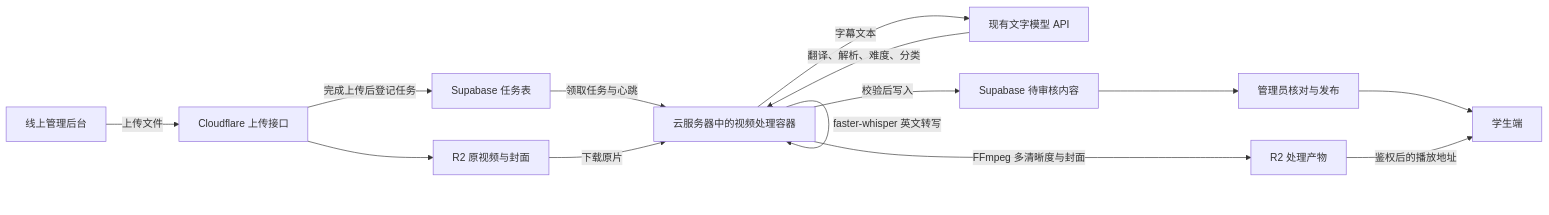
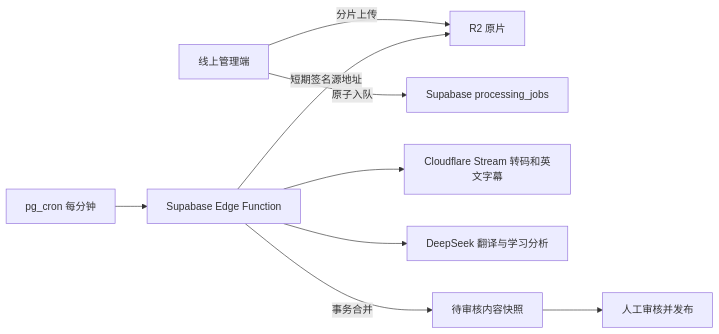
The diagram in design/云端视频处理与后台界面方案_20260908.md (Foletssi/english-web), drawn with Mermaid before and after one commit. The commit also changed other lines of this file and 22 other files, not shown here.

````diff
--- a/design/云端视频处理与后台界面方案_20260908.md
+++ b/design/云端视频处理与后台界面方案_20260908.md
@@ -34,16 +11,11 @@
 ```mermaid
 flowchart LR
-    A[线上管理后台] -->|上传文件| B[Cloudflare 上传接口]
-    B --> C[R2 原视频与封面]
-    B -->|完成上传后登记任务| D[Supabase 任务表]
-    D -->|领取任务与心跳| E[云服务器中的视频处理容器]
-    C -->|下载原片| E
-    E -->|FFmpeg 多清晰度与封面| F[R2 处理产物]
-    E -->|faster-whisper 英文转写| E
-    E -->|字幕文本| G[现有文字模型 API]
-    G -->|翻译、解析、难度、分类| E
-    E -->|校验后写入| H[Supabase 待审核内容]
-    H --> I[管理员核对与发布]
-    I --> J[学生端]
-    F -->|鉴权后的播放地址| J
+  A[线上管理端] -->|分片上传| B[R2 原片]
+  A -->|原子入队| C[Supabase processing_jobs]
+  D[pg_cron 每分钟] --> E[Supabase Edge Function]
+  E -->|短期签名源地址| B
+  E --> F[Cloudflare Stream 转码和英文字幕]
+  E --> G[DeepSeek 翻译与学习分析]
+  E -->|事务合并| H[待审核内容快照]
+  H --> I[人工审核并发布]
 ```
````
